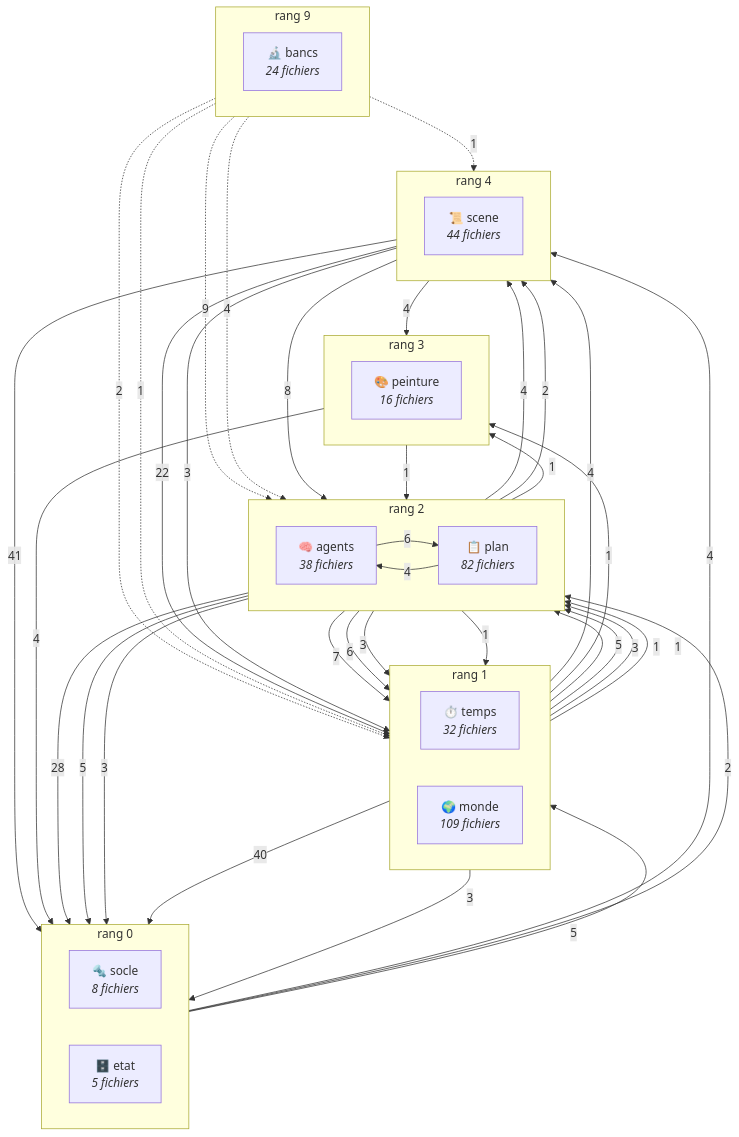
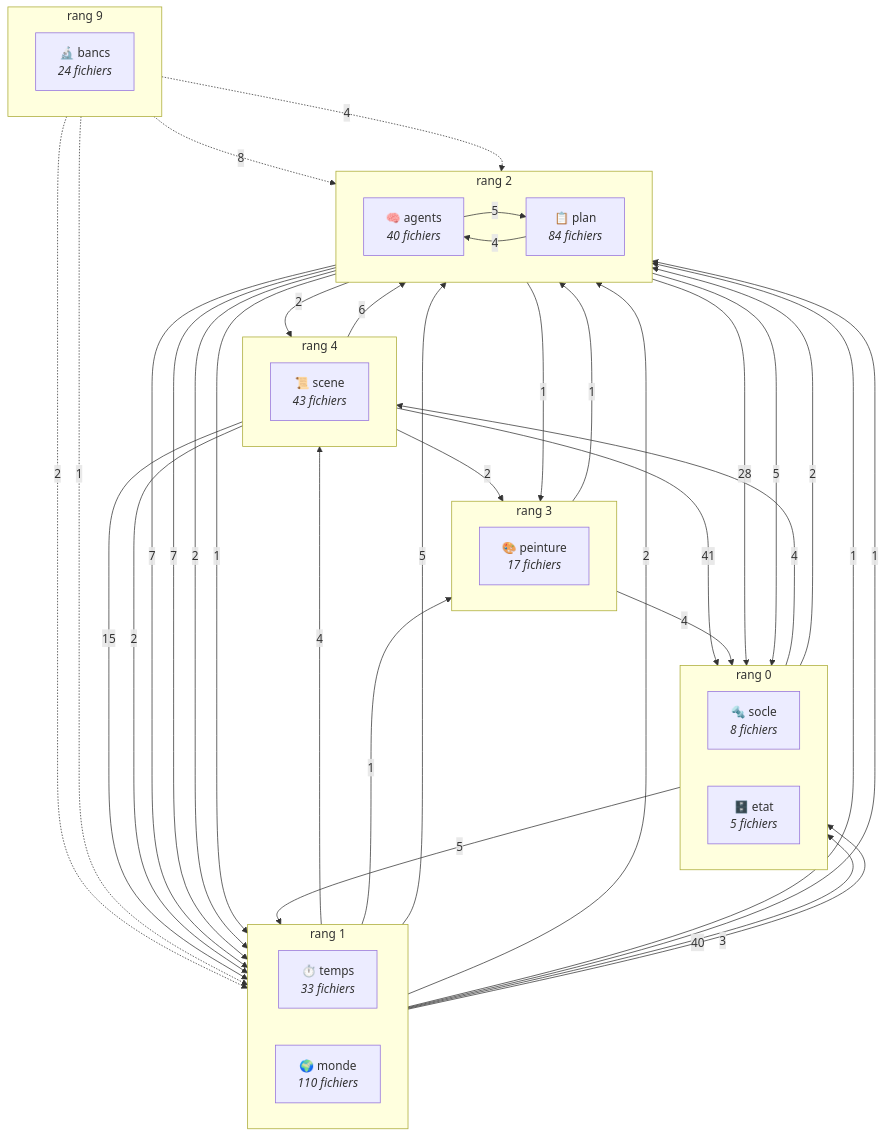
The diagram in docs/graphe-archi.md (mind-protocol/the-council), drawn with Mermaid before and after one commit. The commit also changed other lines of this file, not shown here.

Commit message:
graphe d'architecture regenere apres le chantier des frontieres : 100 hors porte (tout front, zero Python, zero Node), 13 remontees, portes Node declarees

````diff
--- a/docs/graphe-archi.md
+++ b/docs/graphe-archi.md
@@ -13,65 +13,62 @@
 ```mermaid
 flowchart TB
   subgraph R0["rang 0"]
     direction LR
     socle["🔩 socle<br/><i>8 fichiers</i>"]
     etat["🗄️ etat<br/><i>5 fichiers</i>"]
   end
   subgraph R1["rang 1"]
     direction LR
-    temps["⏱️ temps<br/><i>32 fichiers</i>"]
-    monde["🌍 monde<br/><i>109 fichiers</i>"]
+    temps["⏱️ temps<br/><i>33 fichiers</i>"]
+    monde["🌍 monde<br/><i>110 fichiers</i>"]
   end
   subgraph R2["rang 2"]
     direction LR
-    agents["🧠 agents<br/><i>38 fichiers</i>"]
-    plan["📋 plan<br/><i>82 fichiers</i>"]
+    agents["🧠 agents<br/><i>40 fichiers</i>"]
+    plan["📋 plan<br/><i>84 fichiers</i>"]
   end
   subgraph R3["rang 3"]
     direction LR
-    peinture["🎨 peinture<br/><i>16 fichiers</i>"]
+    peinture["🎨 peinture<br/><i>17 fichiers</i>"]
   end
   subgraph R4["rang 4"]
     direction LR
-    scene["📜 scene<br/><i>44 fichiers</i>"]
+    scene["📜 scene<br/><i>43 fichiers</i>"]
   end
   subgraph R9["rang 9"]
     direction LR
     bancs["🔬 bancs<br/><i>24 fichiers</i>"]
   end
   scene -->|41| socle
   monde -->|40| socle
   plan -->|28| socle
-  scene -->|22| monde
-  bancs -.->|9| plan
-  scene -->|8| plan
+  scene -->|15| monde
+  bancs -.->|8| plan
+  agents -->|7| temps
   plan -->|7| monde
-  agents -->|6| temps
-  agents -->|6| plan
+  scene -->|6| plan
+  agents -->|5| plan
   monde -->|5| plan
   agents -->|5| socle
   socle -->|5| monde
   bancs -.->|4| agents
   plan -->|4| agents
-  plan -->|4| scene
   peinture -->|4| socle
-  scene -->|4| peinture
   socle -->|4| scene
   monde -->|4| scene
-  plan -->|3| etat
-  plan -->|3| temps
-  scene -->|3| temps
-  temps -->|3| plan
   temps -->|3| socle
   bancs -.->|2| temps
-  agents -->|2| scene
+  plan -->|2| temps
+  scene -->|2| temps
+  temps -->|2| plan
+  scene -->|2| peinture
+  plan -->|2| scene
   socle -->|2| plan
   agents -->|1| monde
   bancs -.->|1| monde
   peinture -->|1| plan
   monde -->|1| agents
   temps -->|1| agents
   plan -->|1| peinture
   monde -->|1| peinture
-  bancs -.->|1| scene
 ```
````
